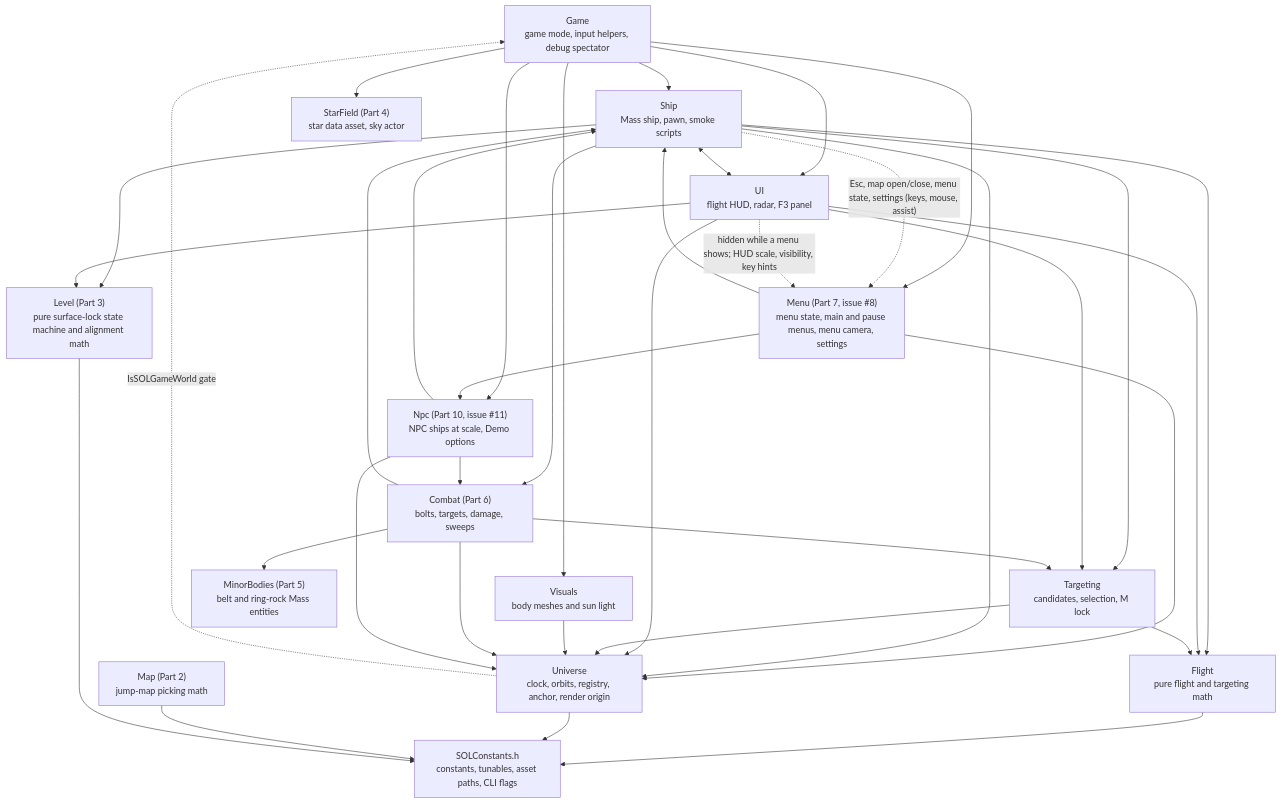
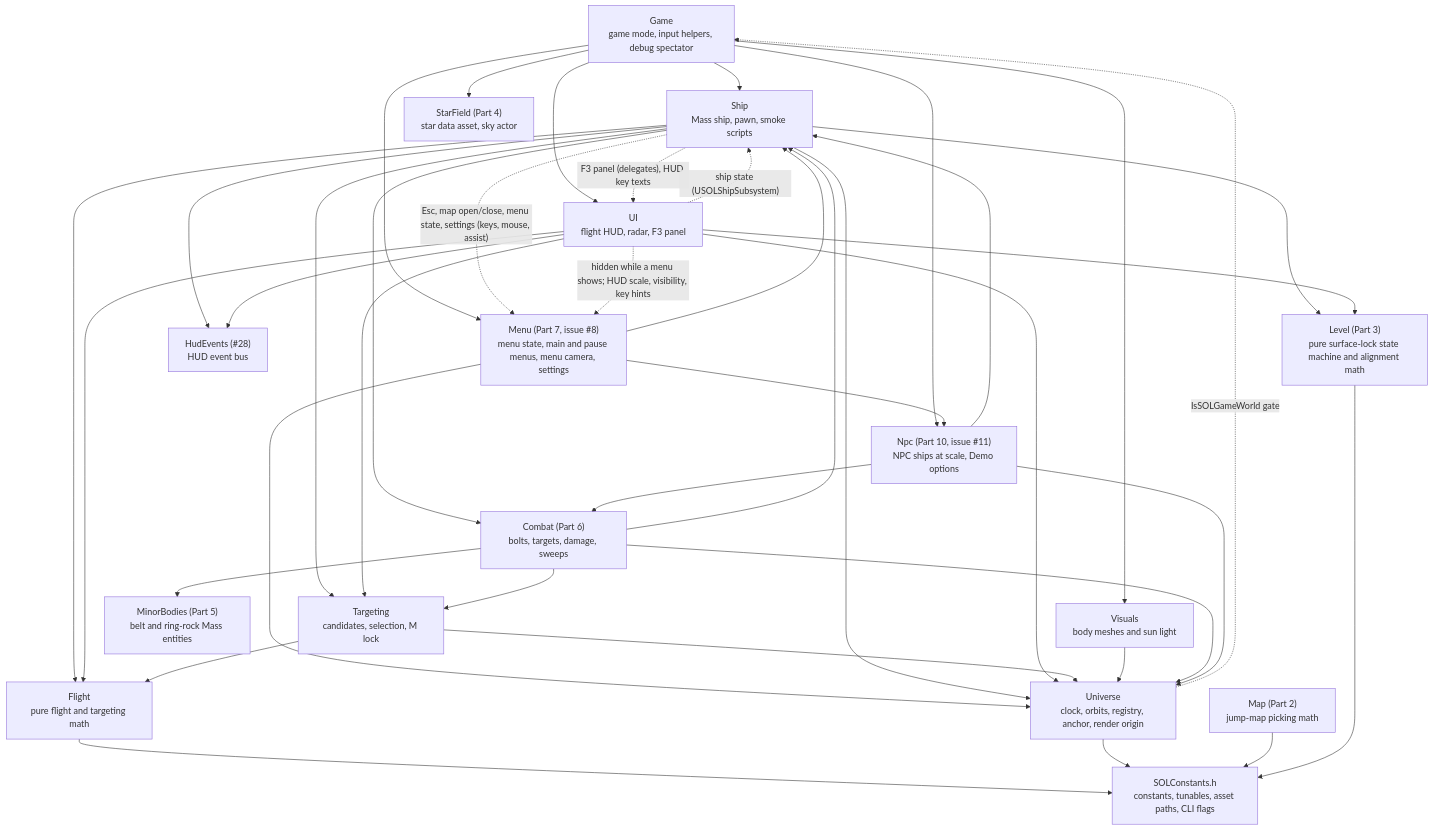
Before and after one commit to DieSlower/SOLTest: the first of 4 diagrams in Docs/ARCHITECTURE.md, drawn with Mermaid. The commit also changed other lines of this file and 37 other files, not shown here.

First line of the commit message:
Issue #28: HUD event bus, batched glow-shape renderer and shape material, HUD effects slider, glow reticle (HUD phase A of #21)

````diff
--- a/Docs/ARCHITECTURE.md
+++ b/Docs/ARCHITECTURE.md
@@ -27,55 +27,58 @@
 ```mermaid
 flowchart TD
     Game["Game<br/>game mode, input helpers, debug spectator"]
     Menu["Menu (Part 7, issue #8)<br/>menu state, main and pause menus, menu camera, settings"]
     Ship["Ship<br/>Mass ship, pawn, smoke scripts"]
     UI["UI<br/>flight HUD, radar, F3 panel"]
     Targeting["Targeting<br/>candidates, selection, M lock"]
     Visuals["Visuals<br/>body meshes and sun light"]
     StarField["StarField (Part 4)<br/>star data asset, sky actor"]
     Map["Map (Part 2)<br/>jump-map picking math"]
     Combat["Combat (Part 6)<br/>bolts, targets, damage, sweeps"]
     MinorBodies["MinorBodies (Part 5)<br/>belt and ring-rock Mass entities"]
     Npc["Npc (Part 10, issue #11)<br/>NPC ships at scale, Demo options"]
     Level["Level (Part 3)<br/>pure surface-lock state machine and alignment math"]
     Flight["Flight<br/>pure flight and targeting math"]
     Universe["Universe<br/>clock, orbits, registry, anchor, render origin"]
     Const["SOLConstants.h<br/>constants, tunables, asset paths, CLI flags"]
 
     Game --> Ship
     Game --> Menu
     Menu --> Ship
     Menu --> Universe
     Ship -. "Esc, map open/close, menu state, settings (keys, mouse, assist)" .-> Menu
     UI -. "hidden while a menu shows; HUD scale, visibility, key hints" .-> Menu
     Game --> UI
     Game --> Visuals
     Game --> StarField
     Ship --> Targeting
     Ship --> Flight
     Ship --> Level
     UI --> Level
     Ship --> Universe
-    Ship <--> UI
+    Ship -. "F3 panel (delegates), HUD key texts" .-> UI
+    UI -. "ship state (USOLShipSubsystem)" .-> Ship
+    Ship --> HudEvents["HudEvents (#28)<br/>HUD event bus"]
+    UI --> HudEvents
     UI --> Targeting
     UI --> Universe
     UI --> Flight
     Targeting --> Flight
     Targeting --> Universe
     Visuals --> Universe
     Ship --> Combat
     Combat --> Ship
     Combat --> Targeting
     Combat --> MinorBodies
     Combat --> Universe
     Game --> Npc
     Menu --> Npc
     Npc --> Universe
     Npc --> Ship
     Npc --> Combat
     Universe -. "IsSOLGameWorld gate" .-> Game
     Flight --> Const
     Universe --> Const
     Map --> Const
     Level --> Const
 ```
````
